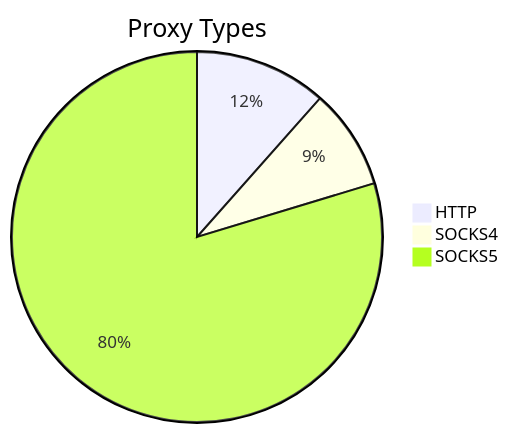
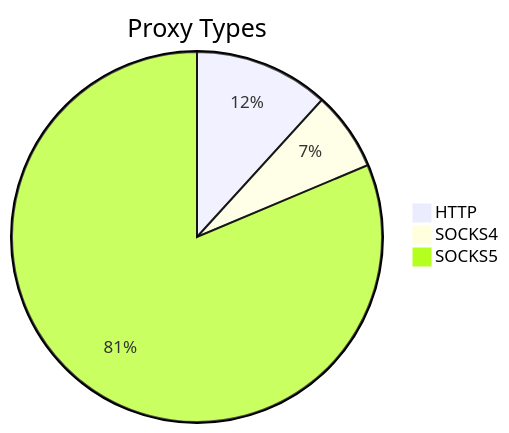
The first of 2 diagrams in README.md (stormsia/proxy-list), drawn with Mermaid before and after one commit. The commit also changed other lines of this file, not shown here.

````diff
--- a/README.md
+++ b/README.md
@@ -21,6 +21,6 @@
 ```mermaid
 pie title Proxy Types
-    "HTTP" : 225
-    "SOCKS4" : 171
-    "SOCKS5" : 1553
+    "HTTP" : 109
+    "SOCKS4" : 64
+    "SOCKS5" : 754
 ```
````
